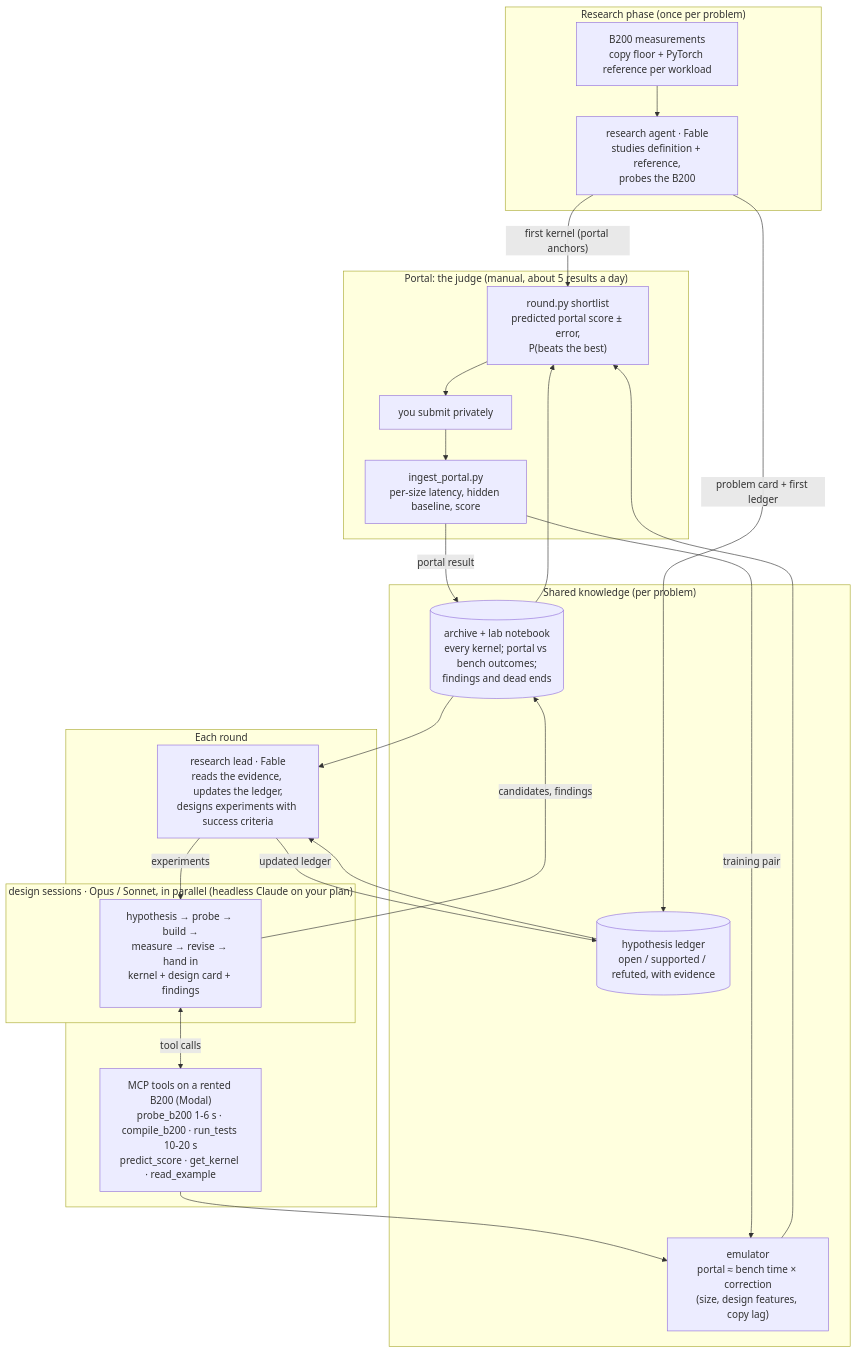
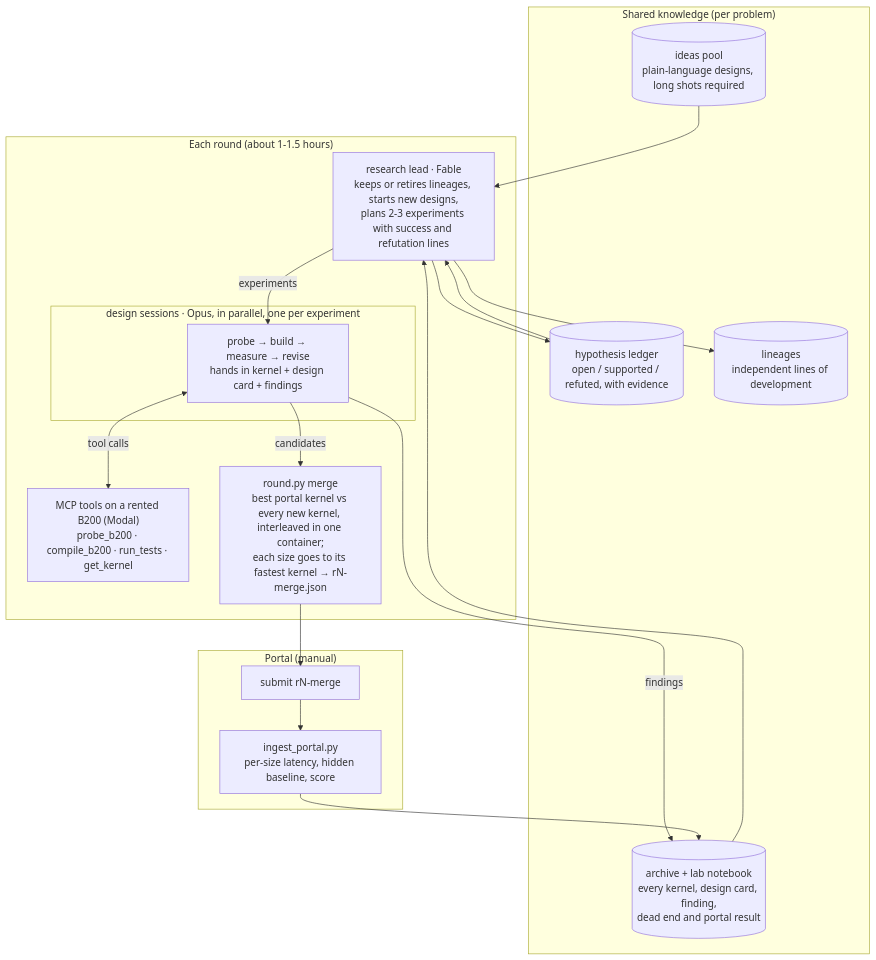
One commit to Hha21/execbench-test changed the diagram in README.md. Above: the diagram before and after it, drawn with Mermaid. The commit also changed other lines of this file, not shown here.

Commit message:
README: solx as an agent research loop; all eight problems, #129's trajectory, the portfolio + per-size merge loop, updated lessons and commands

````diff
--- a/README.md
+++ b/README.md
@@ -37,39 +46,31 @@
 ```mermaid
 flowchart TB
-    subgraph portal["Portal: the judge (manual, about 5 results a day)"]
-        SL["round.py shortlist<br/>predicted portal score ± error,<br/>P(beats the best)"]
-        SUB["you submit privately"]
-        ING["ingest_portal.py<br/>per-size latency, hidden baseline, score"]
-        SL --> SUB --> ING
+    subgraph knowledge["Shared knowledge (per problem)"]
+        POOL[("ideas pool<br/>plain-language designs, long shots required")]
+        LEDGER[("hypothesis ledger<br/>open / supported / refuted, with evidence")]
+        NOTE[("archive + lab notebook<br/>every kernel, design card, finding,<br/>dead end and portal result")]
+        LIN[("lineages<br/>independent lines of development")]
     end
-    subgraph research["Research phase (once per problem)"]
-        MEAS["B200 measurements<br/>copy floor + PyTorch reference per workload"]
-        RES["research agent · Fable<br/>studies definition + reference,<br/>probes the B200"]
-        MEAS --> RES
-    end
-    subgraph knowledge["Shared knowledge (per problem)"]
-        LEDGER[("hypothesis ledger<br/>open / supported / refuted, with evidence")]
-        NOTE[("archive + lab notebook<br/>every kernel; portal vs bench outcomes;<br/>findings and dead ends")]
-        EMU["emulator<br/>portal ≈ bench time × correction<br/>(size, design features, copy lag)"]
-    end
-    subgraph round["Each round"]
-        LEAD["research lead · Fable<br/>reads the evidence, updates the ledger,<br/>designs experiments with success criteria"]
-        subgraph sessions["design sessions · Opus / Sonnet, in parallel (headless Claude on your plan)"]
-            S1["hypothesis → probe → build →<br/>measure → revise → hand in<br/>kernel + design card + findings"]
+    subgraph round["Each round (about 1-1.5 hours)"]
+        LEAD["research lead · Fable<br/>keeps or retires lineages, starts new designs,<br/>plans 2-3 experiments with success and refutation lines"]
+        subgraph sessions["design sessions · Opus, in parallel, one per experiment"]
+            S1["probe → build → measure → revise<br/>hands in kernel + design card + findings"]
         end
-        TOOLS["MCP tools on a rented B200 (Modal)<br/>probe_b200 1-6 s · compile_b200 · run_tests 10-20 s<br/>predict_score · get_kernel · read_example"]
+        TOOLS["MCP tools on a rented B200 (Modal)<br/>probe_b200 · compile_b200 · run_tests · get_kernel"]
+        MERGE["round.py merge<br/>best portal kernel vs every new kernel, interleaved in one container;<br/>each size goes to its fastest kernel → rN-merge.json"]
         LEAD -->|"experiments"| S1
         S1 <-->|"tool calls"| TOOLS
+        S1 -->|"candidates"| MERGE
     end
-    RES -->|"problem card + first ledger"| LEDGER
-    RES -->|"first kernel (portal anchors)"| SL
+    subgraph portal["Portal (manual)"]
+        SUB["submit rN-merge"] --> ING["ingest_portal.py<br/>per-size latency, hidden baseline, score"]
+    end
+    POOL --> LEAD
     LEDGER --> LEAD
     NOTE --> LEAD
-    LEAD -->|"updated ledger"| LEDGER
-    S1 -->|"candidates, findings"| NOTE
-    TOOLS --> EMU
-    EMU --> SL
-    NOTE --> SL
-    ING -->|"portal result"| NOTE
-    ING -->|"training pair"| EMU
+    LEAD --> LIN
+    LEAD --> LEDGER
+    S1 -->|"findings"| NOTE
+    MERGE --> SUB
+    ING --> NOTE
 ```
````
